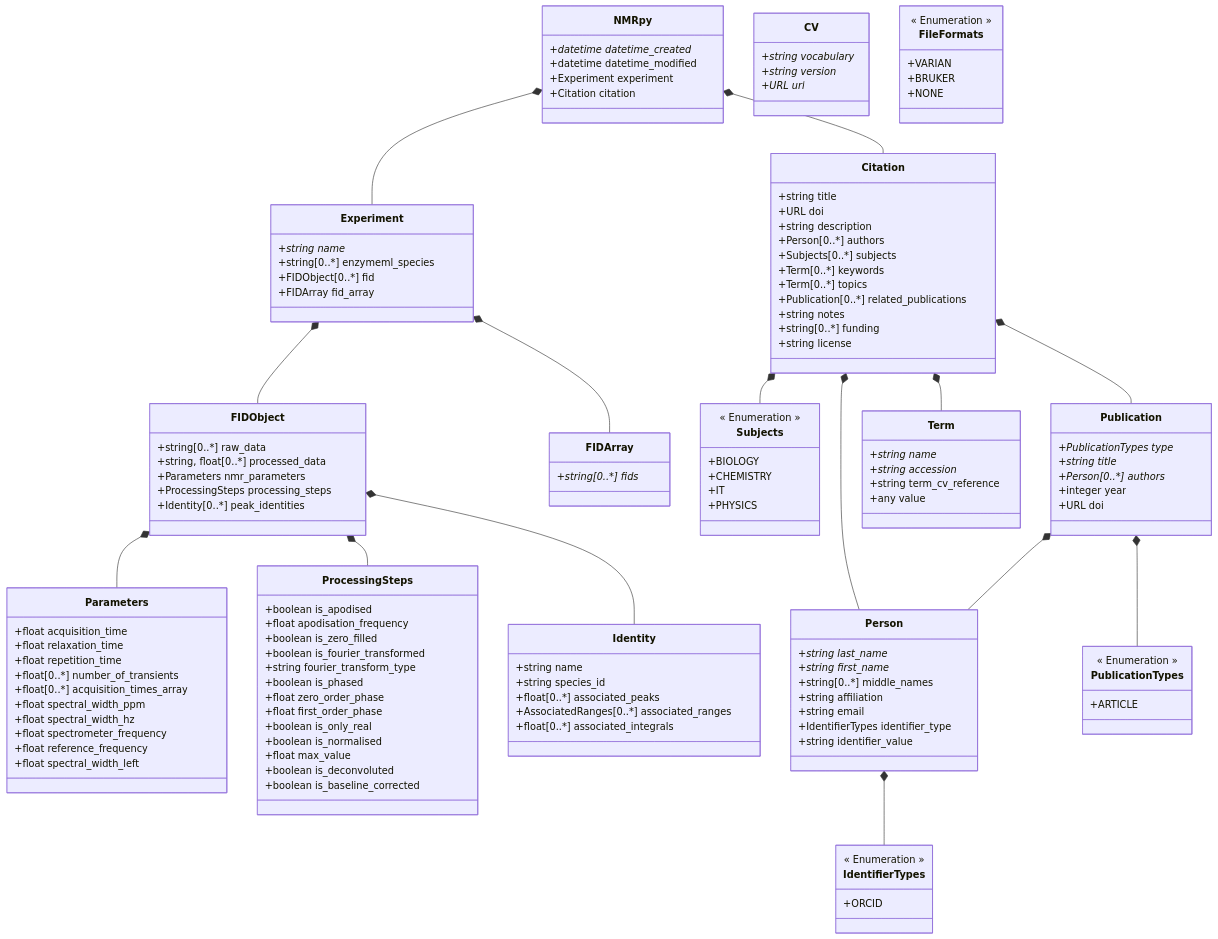
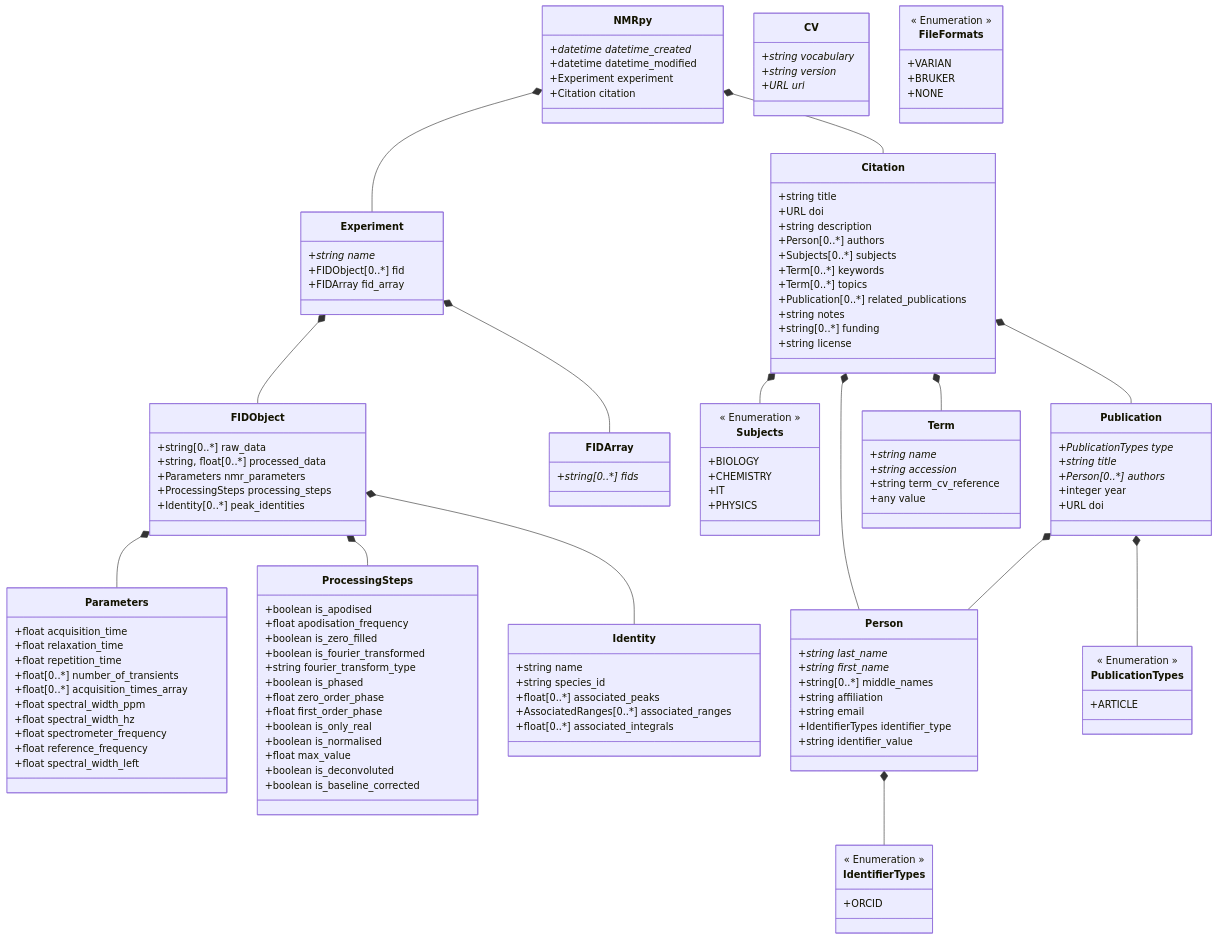
One commit to NMRPy/nmrpy changed the diagram in nmrpy/datamodel/schemes/datamodel_schema.md. Above: the diagram before and after it, drawn with Mermaid. The commit also changed 8 other files, not shown here.

```diff
--- a/nmrpy/datamodel/schemes/datamodel_schema.md
+++ b/nmrpy/datamodel/schemes/datamodel_schema.md
@@ -24,7 +24,6 @@
     
     class Experiment {
         +string name*
-        +string[0..*] enzymeml_species
         +FIDObject[0..*] fid
         +FIDArray fid_array
     }
```
